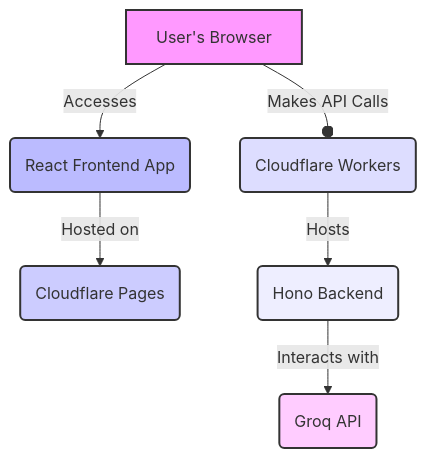
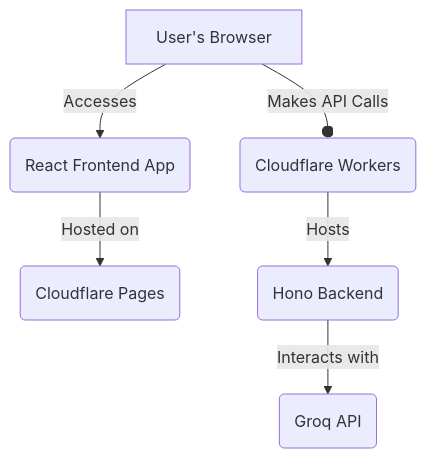
Before and after one commit to std447/genai-chatapp-project: the diagram in README.MD, drawn with Mermaid. The commit also changed other lines of this file, not shown here.

Commit message:
fix: Keep default mermaid styles for readibility
Remove style block

````diff
--- a/README.MD
+++ b/README.MD
@@ -19,15 +19,8 @@
 ```mermaid
 graph TD
     A[User's Browser] -->|Accesses| B(React Frontend App)
     B -->|Hosted on| C(Cloudflare Pages)
     A --o|Makes API Calls| D(Cloudflare Workers)
     D -->|Hosts| E(Hono Backend)
     E -->|Interacts with| F(Groq API)
-
-    style A fill:#f9f,stroke:#333,stroke-width:2px
-    style B fill:#bbf,stroke:#333,stroke-width:2px
-    style C fill:#ccf,stroke:#333,stroke-width:2px
-    style D fill:#ddf,stroke:#333,stroke-width:2px
-    style E fill:#eef,stroke:#333,stroke-width:2px
-    style F fill:#fcf,stroke:#333,stroke-width:2px
 ```
````
